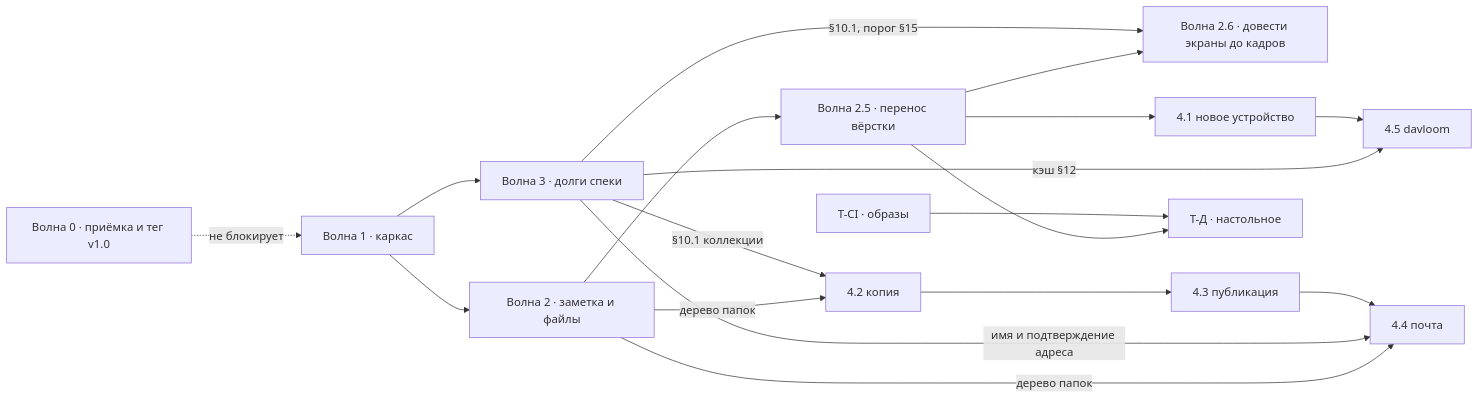
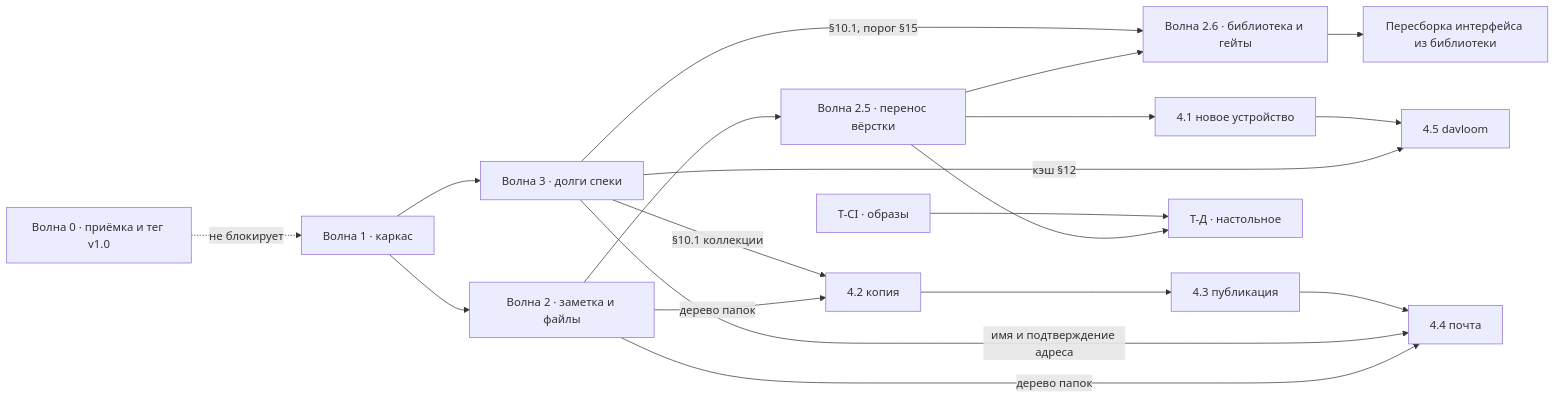
The diagram in docs/plans/global-plan.md (mixeme/carrel), drawn with Mermaid before and after one commit. The commit also changed other lines of this file and 2 other files, not shown here.

````diff
--- a/docs/plans/global-plan.md
+++ b/docs/plans/global-plan.md
@@ -59,22 +59,23 @@
 ```mermaid
 flowchart LR
   W0["Волна 0 · приёмка и тег v1.0"]
   W1["Волна 1 · каркас"]
   W0 -. "не блокирует" .-> W1
   W1 --> W2["Волна 2 · заметка и файлы"]
   W2 --> W25["Волна 2.5 · перенос вёрстки"]
-  W25 --> W26["Волна 2.6 · довести экраны до кадров"]
+  W25 --> W26["Волна 2.6 · библиотека и гейты"]
+  W26 --> RB["Пересборка интерфейса из библиотеки"]
   W1 --> W3["Волна 3 · долги спеки"]
   W3 -->|"§10.1, порог §15"| W26
   W2 -->|"дерево папок"| F2["4.2 копия"]
   W2 -->|"дерево папок"| F4["4.4 почта"]
   W3 -->|"§10.1 коллекции"| F2
   W3 -->|"кэш §12"| F5["4.5 davloom"]
   W3 -->|"имя и подтверждение адреса"| F4
   F1["4.1 новое устройство"] --> F5
   W25 --> F1
   F3["4.3 публикация"] --> F4
   F2 --> F3
   W25 --> TD["Т-Д · настольное"]
   TCI["Т-CI · образы"] --> TD
 ```
````
